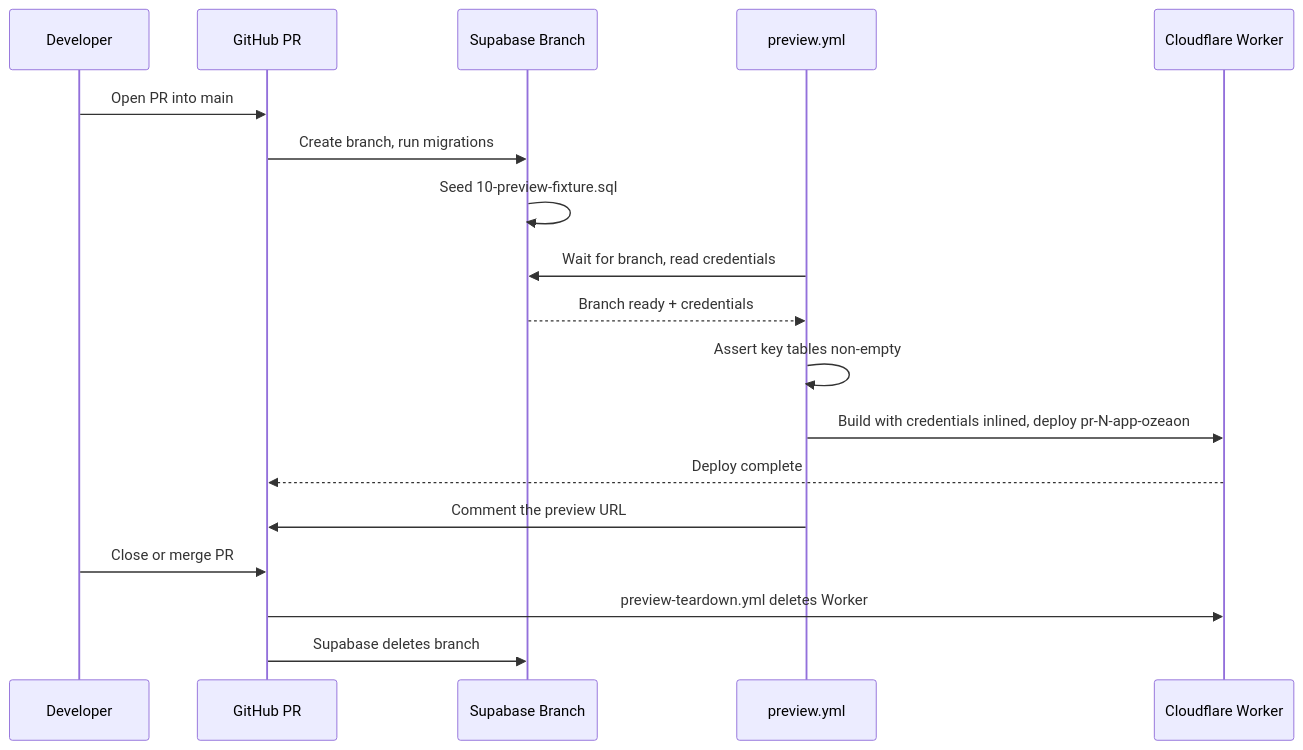
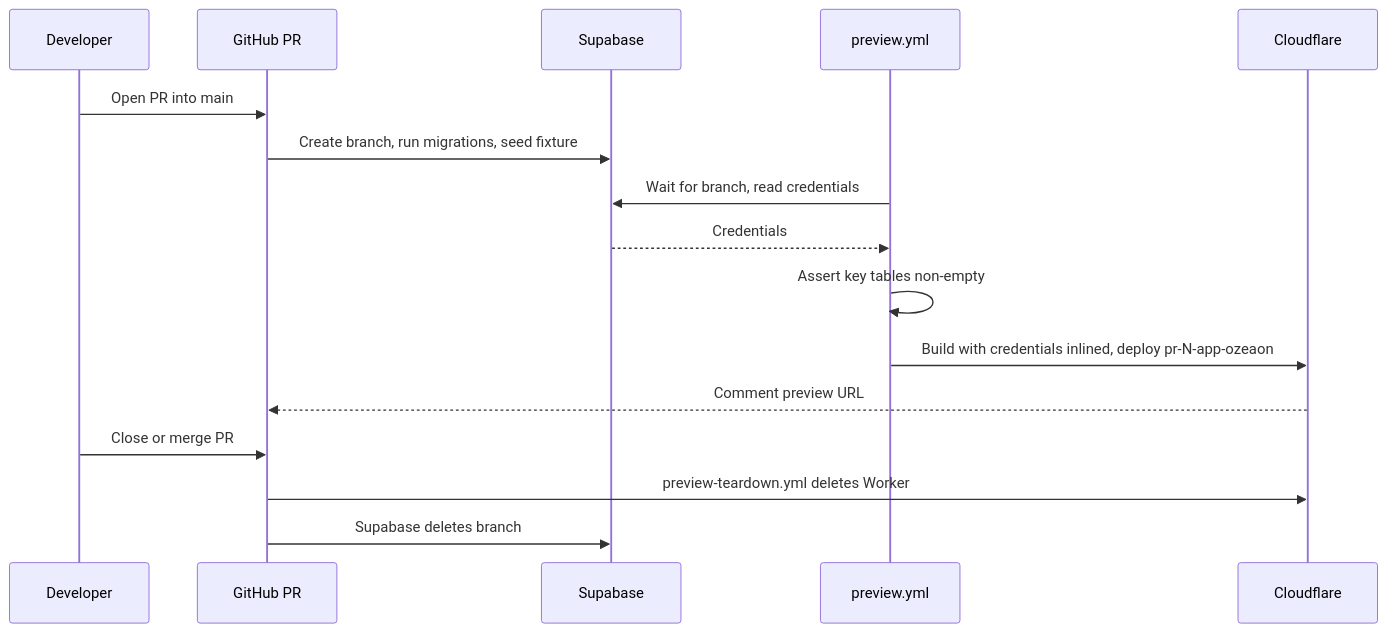
One commit to jackcasstlesjones/ozeaon-wiki changed the second of 2 diagrams in src/content/docs/operations/ci-cd-workflows.md. Above: the diagram before and after it, drawn with Mermaid. The commit also changed other lines of this file and 4 other files, not shown here.

````diff
--- a/src/content/docs/operations/ci-cd-workflows.md
+++ b/src/content/docs/operations/ci-cd-workflows.md
@@ -294,21 +109,19 @@
 ```mermaid
 sequenceDiagram
     participant Dev as Developer
     participant GH as GitHub PR
-    participant SB as Supabase Branch
+    participant SB as Supabase
     participant PW as preview.yml
-    participant CF as Cloudflare Worker
+    participant CF as Cloudflare
 
     Dev->>GH: Open PR into main
-    GH->>SB: Create branch, run migrations
-    SB->>SB: Seed 10-preview-fixture.sql
+    GH->>SB: Create branch, run migrations, seed fixture
     PW->>SB: Wait for branch, read credentials
-    SB-->>PW: Branch ready + credentials
+    SB-->>PW: Credentials
     PW->>PW: Assert key tables non-empty
     PW->>CF: Build with credentials inlined, deploy pr-N-app-ozeaon
-    CF-->>GH: Deploy complete
-    PW->>GH: Comment the preview URL
+    CF-->>GH: Comment preview URL
     Dev->>GH: Close or merge PR
     GH->>CF: preview-teardown.yml deletes Worker
     GH->>SB: Supabase deletes branch
 ```
````
